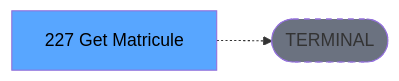
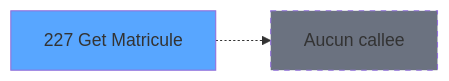
The third of 3 diagrams in .openspec/specs/ADH-IDE-227.md (thonyAGP/magic-migration), drawn with Mermaid before and after one commit. The commit also changed other lines of this file and 493 other files, not shown here.

````diff
--- a/.openspec/specs/ADH-IDE-227.md
+++ b/.openspec/specs/ADH-IDE-227.md
@@ -138,8 +148,8 @@
 ```mermaid
 graph LR
-    T[227 Get Matricule]
-    TERM([TERMINAL])
-    T -.-> TERM
-    style TERM fill:#6b7280,stroke-dasharray: 5 5
-    style T fill:#58a6ff,color:#000
+    T227[227 Get Matricule]
+    style T227 fill:#58a6ff
+    NONE[Aucun callee]
+    T227 -.-> NONE
+    style NONE fill:#6b7280,stroke-dasharray: 5 5
 ```
````
